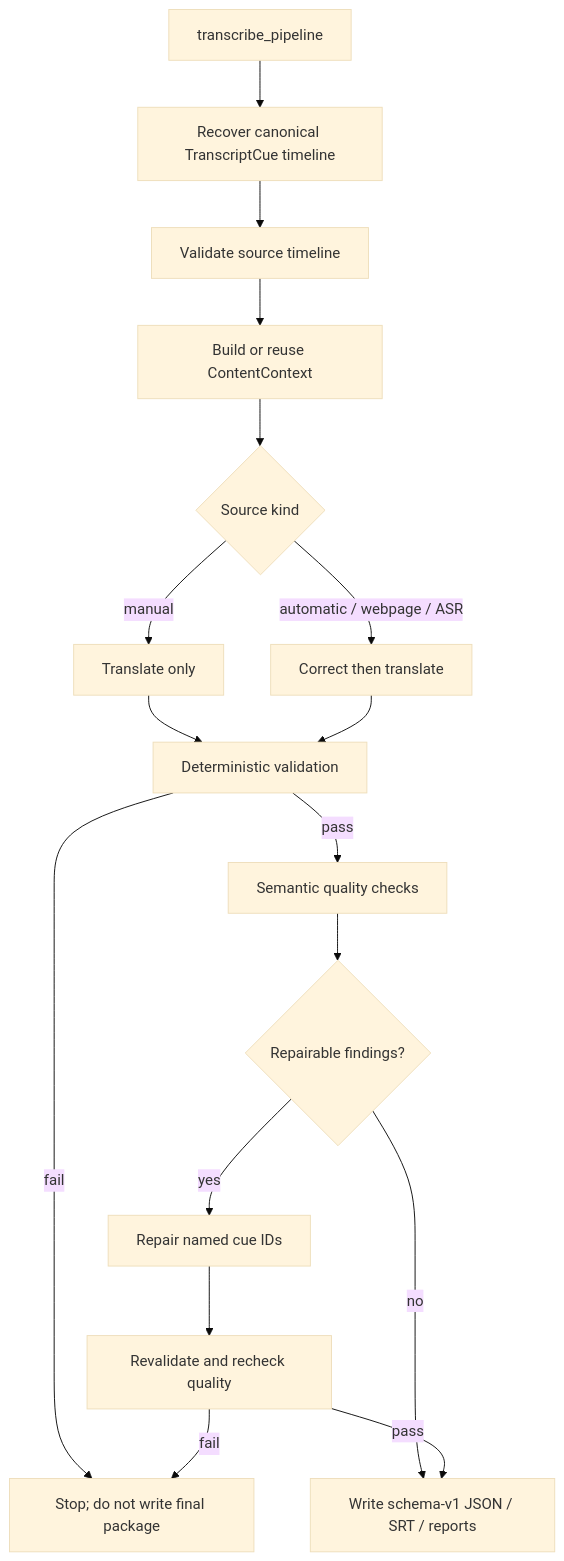
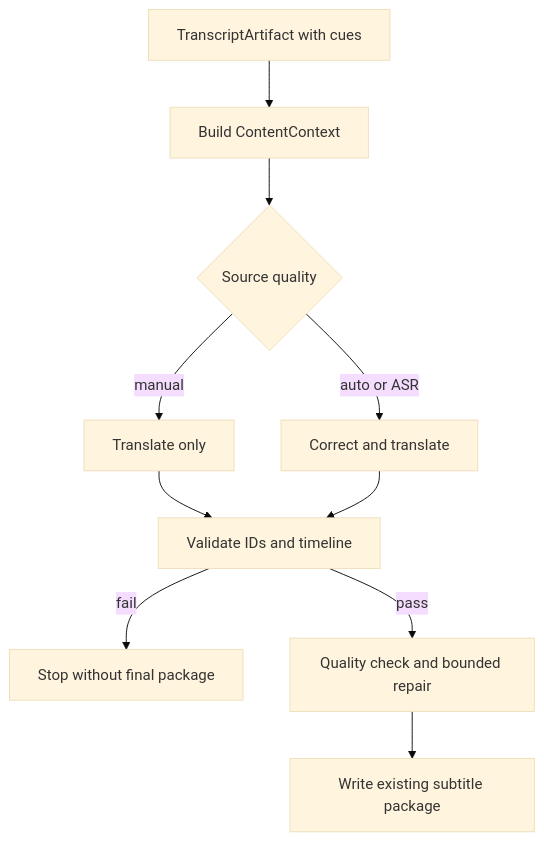
One commit to apue/yt2notion changed the sixth of 9 diagrams in docs/typed-pipeline-architecture.md. Above: the diagram before and after it, drawn with Mermaid (base theme). The commit also changed other lines of this file and 1 other file, not shown here.

First line of the commit message:
docs: refocus typed pipeline architecture

````diff
--- a/docs/typed-pipeline-architecture.md
+++ b/docs/typed-pipeline-architecture.md
@@ -344,19 +233,12 @@
 ```mermaid
 flowchart TD
-    T[transcribe_pipeline] --> CUE[Recover canonical TranscriptCue timeline]
-    CUE --> VS[Validate source timeline]
-    VS --> CTX[Build or reuse ContentContext]
-    CTX --> KIND{Source kind}
-    KIND -->|manual| TR[Translate only]
-    KIND -->|automatic / webpage / ASR| CR[Correct then translate]
-    TR --> DV[Deterministic validation]
-    CR --> DV
-    DV -->|fail| STOP[Stop; do not write final package]
-    DV -->|pass| QA[Semantic quality checks]
-    QA --> FIND{Repairable findings?}
-    FIND -->|yes| FIX[Repair named cue IDs]
-    FIX --> RECHECK[Revalidate and recheck quality]
-    FIND -->|no| WRITE[Write schema-v1 JSON / SRT / reports]
-    RECHECK -->|pass| WRITE
-    RECHECK -->|fail| STOP
+    T[TranscriptArtifact with cues] --> CONTEXT[Build ContentContext]
+    CONTEXT --> SOURCE{Source quality}
+    SOURCE -->|manual| TRANSLATE[Translate only]
+    SOURCE -->|auto or ASR| CORRECT[Correct and translate]
+    TRANSLATE --> VALIDATE[Validate IDs and timeline]
+    CORRECT --> VALIDATE
+    VALIDATE -->|fail| STOP[Stop without final package]
+    VALIDATE -->|pass| QUALITY[Quality check and bounded repair]
+    QUALITY --> WRITE[Write existing subtitle package]
 ```
````
